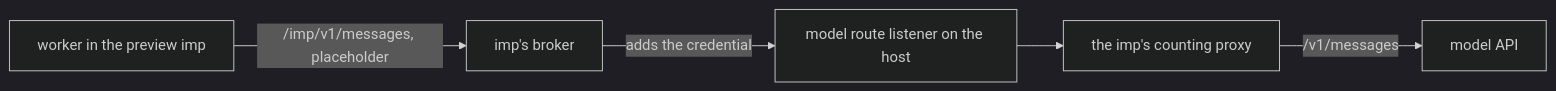
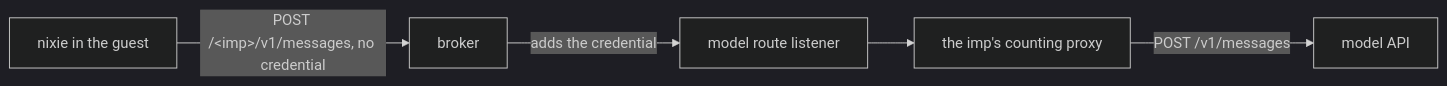
The diagram in research/spend-proxy-imp/results.md (zgeoff/nixie), drawn with Mermaid (dark theme) before and after one commit. The commit also changed other lines of this file and 2 other files, not shown here.

Commit message:
docs(research): add the own-route probe and redraft the spike write-up

````diff
--- a/research/spend-proxy-imp/results.md
+++ b/research/spend-proxy-imp/results.md
@@ -29,7 +50,7 @@
 ```mermaid
 flowchart LR
-  W["worker in the preview imp"] -->|"/imp/v1/messages, placeholder"| B["imp's broker"]
-  B -->|"adds the credential"| L["model route listener on the host"]
+  N["nixie in the guest"] -->|"POST /&lt;imp&gt;/v1/messages, no credential"| B["broker"]
+  B -->|"adds the credential"| L["model route listener"]
   L --> P["the imp's counting proxy"]
-  P -->|"/v1/messages"| U["model API"]
+  P -->|"POST /v1/messages"| U["model API"]
 ```
````
